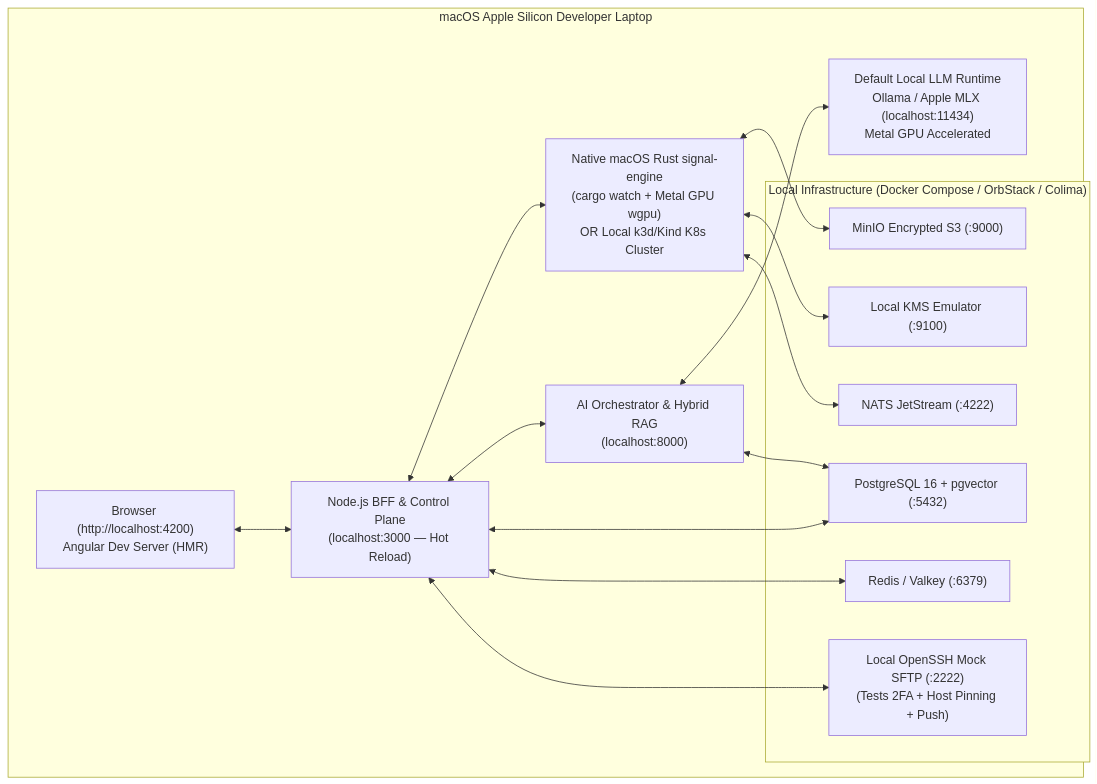
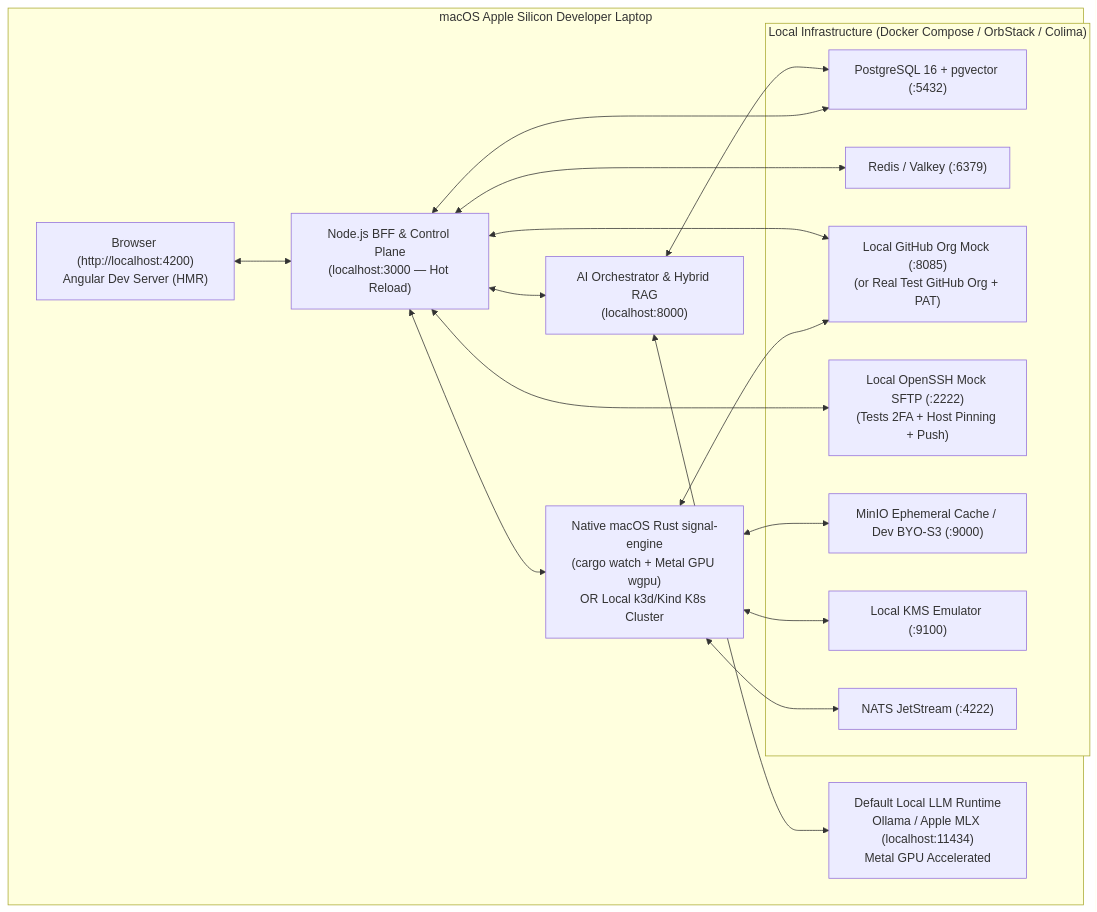
The diagram in architecture/09-local-development-environment.md (the-code-master/signal), drawn with Mermaid before and after one commit. The commit also changed 13 other files, not shown here.

Commit message:
docs: rewrite VCS architecture to unified Customer-Owned BYO-GitHub Org + Periodic Security Auditor

````diff
--- a/architecture/09-local-development-environment.md
+++ b/architecture/09-local-development-environment.md
@@ -21,31 +21,34 @@
 ```mermaid
 flowchart TB
     subgraph MacHost["macOS Apple Silicon Developer Laptop"]
         Browser["Browser (http://localhost:4200)\nAngular Dev Server (HMR)"]
         Node["Node.js BFF & Control Plane\n(localhost:3000 — Hot Reload)"]
         Rust["Native macOS Rust signal-engine\n(cargo watch + Metal GPU wgpu)\nOR Local k3d/Kind K8s Cluster"]
         AI["AI Orchestrator & Hybrid RAG\n(localhost:8000)"]
         LocalLLM["Default Local LLM Runtime\nOllama / Apple MLX (localhost:11434)\nMetal GPU Accelerated"]
 
         subgraph Docker["Local Infrastructure (Docker Compose / OrbStack / Colima)"]
             PG["PostgreSQL 16 + pgvector (:5432)"]
             Redis["Redis / Valkey (:6379)"]
             NATS["NATS JetStream (:4222)"]
-            MinIO["MinIO Encrypted S3 (:9000)"]
+            MinIO["MinIO Ephemeral Cache / Dev BYO-S3 (:9000)"]
             DevKMS["Local KMS Emulator (:9100)"]
+            MockGitHub["Local GitHub Org Mock (:8085)\n(or Real Test GitHub Org + PAT)"]
             MockSFTP["Local OpenSSH Mock SFTP (:2222)\n(Tests 2FA + Host Pinning + Push)"]
         end
     end
 
     Browser <--> Node
     Node <--> Rust
     Node <--> AI
     AI <--> LocalLLM
     AI <--> PG
     Node <--> PG
     Node <--> Redis
+    Node <--> MockGitHub
     Node <--> MockSFTP
+    Rust <--> MockGitHub
     Rust <--> MinIO
     Rust <--> DevKMS
     Rust <--> NATS
 ```
````
